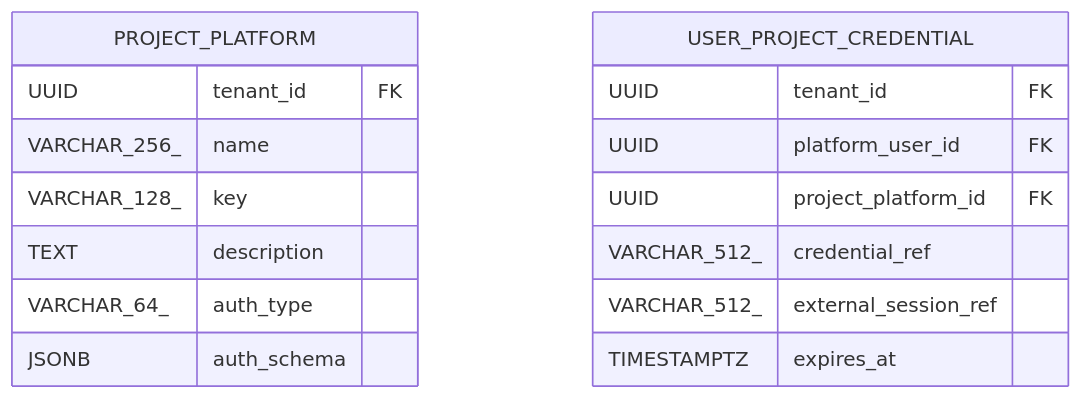
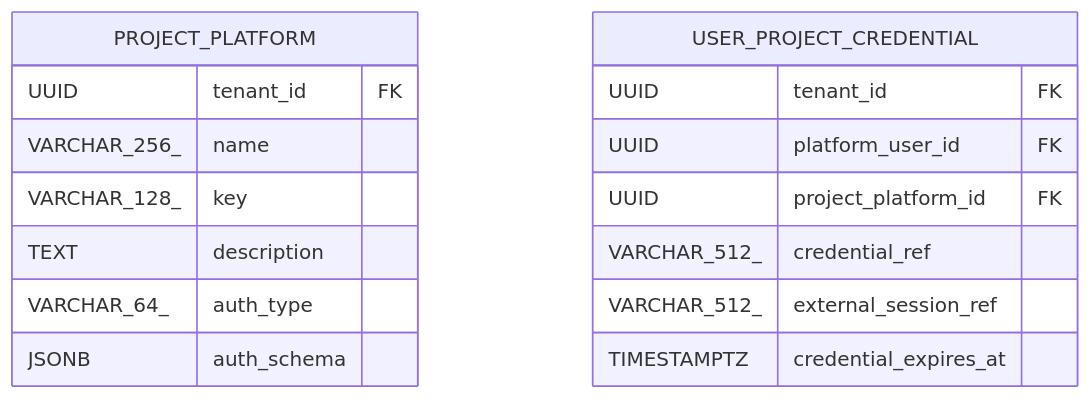
One commit to Michaelxwb/fluxion-harness changed the second of 2 diagrams in docs/02-模块设计/09-Auth与项目平台/design-full.md. Above: the diagram before and after it, drawn with Mermaid. The commit also changed other lines of this file and 80 other files, not shown here.

````diff
--- a/docs/02-模块设计/09-Auth与项目平台/design-full.md
+++ b/docs/02-模块设计/09-Auth与项目平台/design-full.md
@@ -248,19 +253,19 @@
 ```mermaid
 erDiagram
     PROJECT_PLATFORM {
       UUID tenant_id FK
       VARCHAR_256_ name
       VARCHAR_128_ key
       TEXT description
       VARCHAR_64_ auth_type
       JSONB auth_schema
     }
     USER_PROJECT_CREDENTIAL {
       UUID tenant_id FK
       UUID platform_user_id FK
       UUID project_platform_id FK
       VARCHAR_512_ credential_ref
       VARCHAR_512_ external_session_ref
-      TIMESTAMPTZ expires_at
+      TIMESTAMPTZ credential_expires_at
     }
 ```
````
